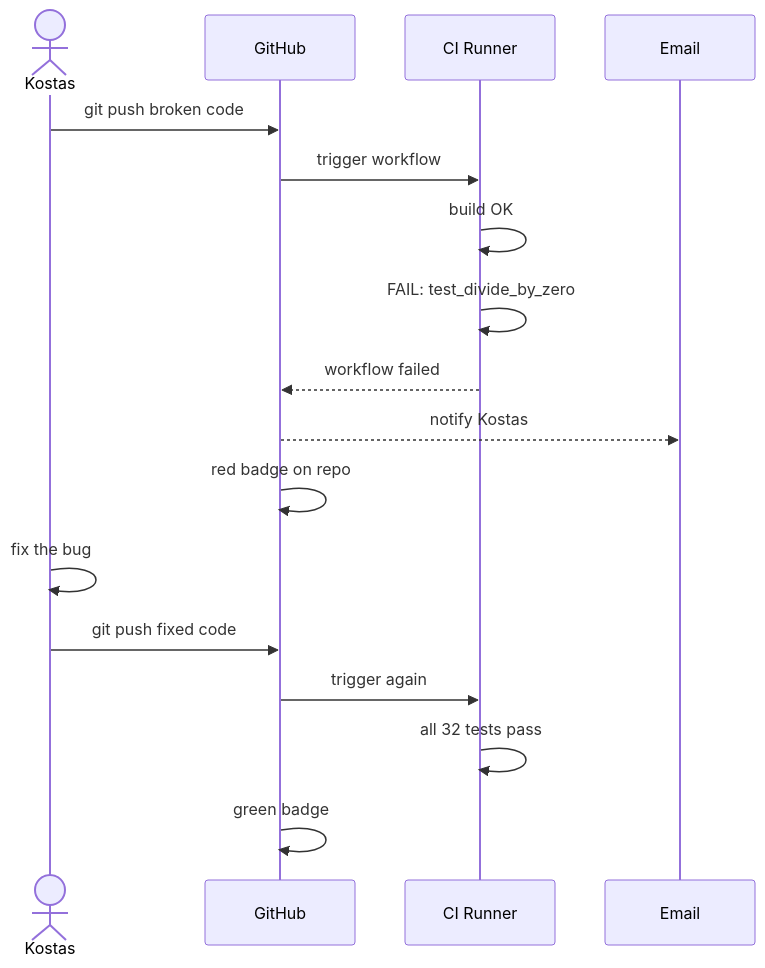
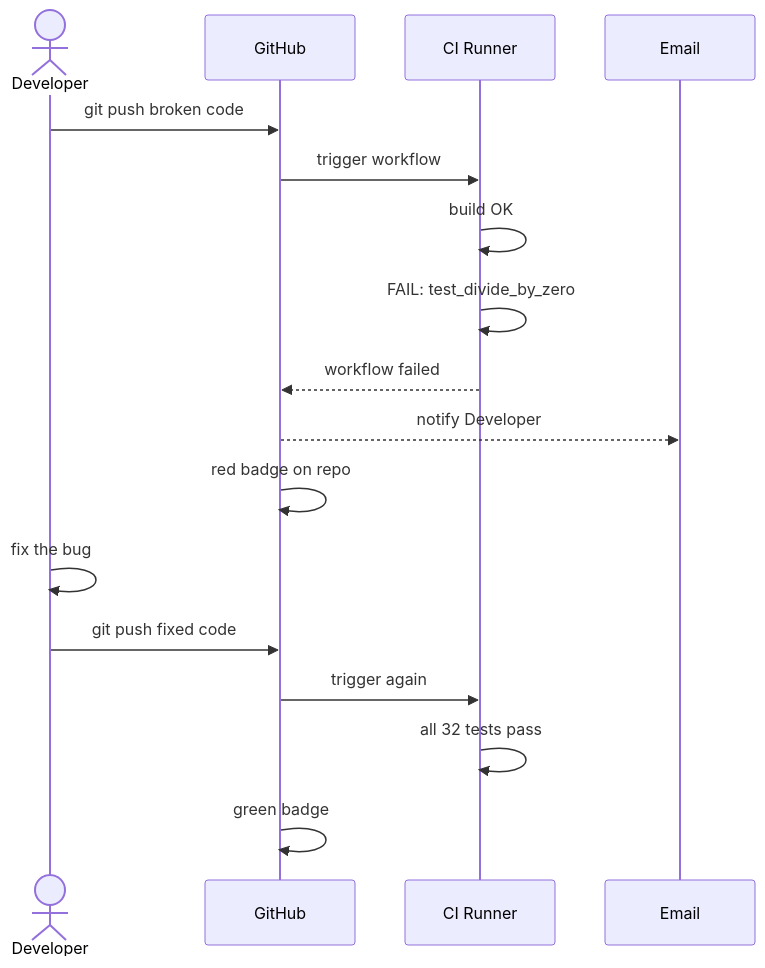
The eighth of 8 diagrams in 12_BuildTestDeploy/qt_cicd_demo/tests/README.md (Apisteftos/QTprojects), drawn with Mermaid before and after one commit. The commit also changed other lines of this file and 15 other files, not shown here.

````diff
--- a/12_BuildTestDeploy/qt_cicd_demo/tests/README.md
+++ b/12_BuildTestDeploy/qt_cicd_demo/tests/README.md
@@ -270,20 +270,20 @@
 ```mermaid
 sequenceDiagram
-    actor K as Kostas
+    actor K as Developer
     participant GH as GitHub
     participant CI as CI Runner
     participant EMAIL as Email
 
     K->>GH: git push broken code
     GH->>CI: trigger workflow
     CI->>CI: build OK
     CI->>CI: FAIL: test_divide_by_zero
     CI-->>GH: workflow failed
-    GH-->>EMAIL: notify Kostas
+    GH-->>EMAIL: notify Developer
     GH->>GH: red badge on repo
     K->>K: fix the bug
     K->>GH: git push fixed code
     GH->>CI: trigger again
     CI->>CI: all 32 tests pass
     GH->>GH: green badge
 ```
````
